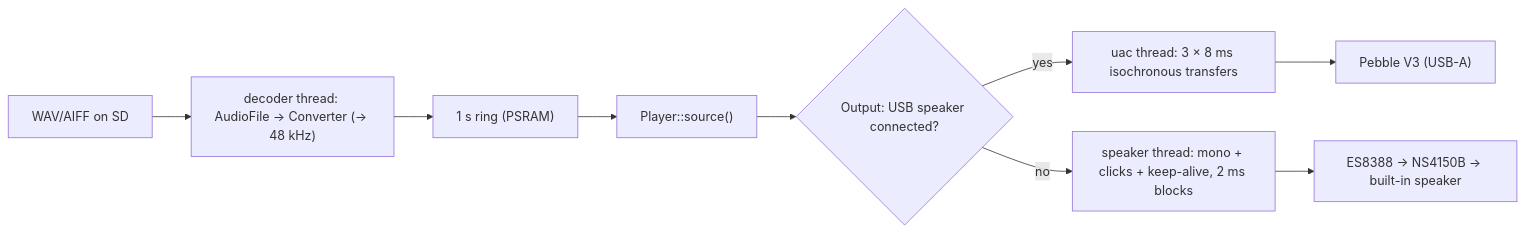
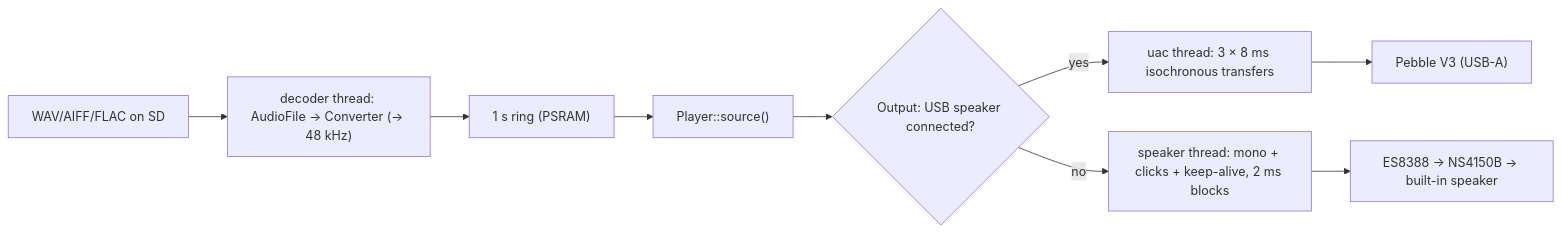
One commit to wackazong/wakey changed the third of 3 diagrams in docs/architecture.md. Above: the diagram before and after it, drawn with Mermaid. The commit also changed other lines of this file and 1 other file, not shown here.

Commit message:
docs: FLAC playback done

````diff
--- a/docs/architecture.md
+++ b/docs/architecture.md
@@ -128,11 +128,11 @@
 ```mermaid
 flowchart LR
-    SD["WAV/AIFF on SD"] --> DEC["decoder thread: AudioFile → Converter (→ 48 kHz)"]
+    SD["WAV/AIFF/FLAC on SD"] --> DEC["decoder thread: AudioFile → Converter (→ 48 kHz)"]
     DEC --> RING["1 s ring (PSRAM)"]
     RING --> SRC["Player::source()"]
     SRC --> OUT{"Output: USB speaker connected?"}
     OUT -- yes --> UAC["uac thread: 3 × 8 ms isochronous transfers"]
     UAC --> PEB["Pebble V3 (USB-A)"]
     OUT -- no --> MIX["speaker thread: mono + clicks + keep-alive, 2 ms blocks"]
     MIX --> BUILTIN["ES8388 → NS4150B → built-in speaker"]
 ```
````
